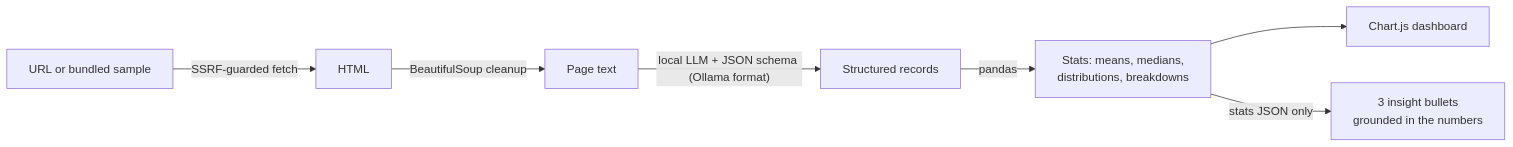
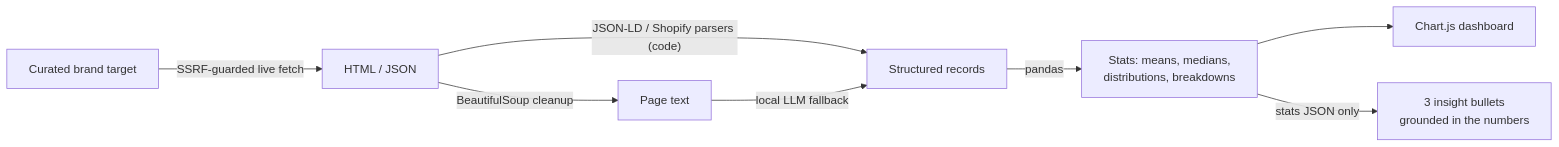
One commit to Eseric1/scrapeinsight changed the diagram in README.md. Above: the diagram before and after it, drawn with Mermaid. The commit also changed other lines of this file and 2 other files, not shown here.

````diff
--- a/README.md
+++ b/README.md
@@ -11,9 +11,10 @@
 ```mermaid
 flowchart LR
-    U[URL or bundled sample] -->|SSRF-guarded fetch| H[HTML]
+    U[Curated brand target] -->|SSRF-guarded live fetch| H[HTML / JSON]
     H -->|BeautifulSoup cleanup| T[Page text]
-    T -->|"local LLM + JSON schema (Ollama format)"| R[Structured records]
+    H -->|"JSON-LD / Shopify parsers (code)"| R[Structured records]
+    T -->|"local LLM fallback"| R
     R -->|pandas| S[Stats: means, medians,\ndistributions, breakdowns]
     S --> C[Chart.js dashboard]
     S -->|stats JSON only| I[3 insight bullets\ngrounded in the numbers]
 ```
````
